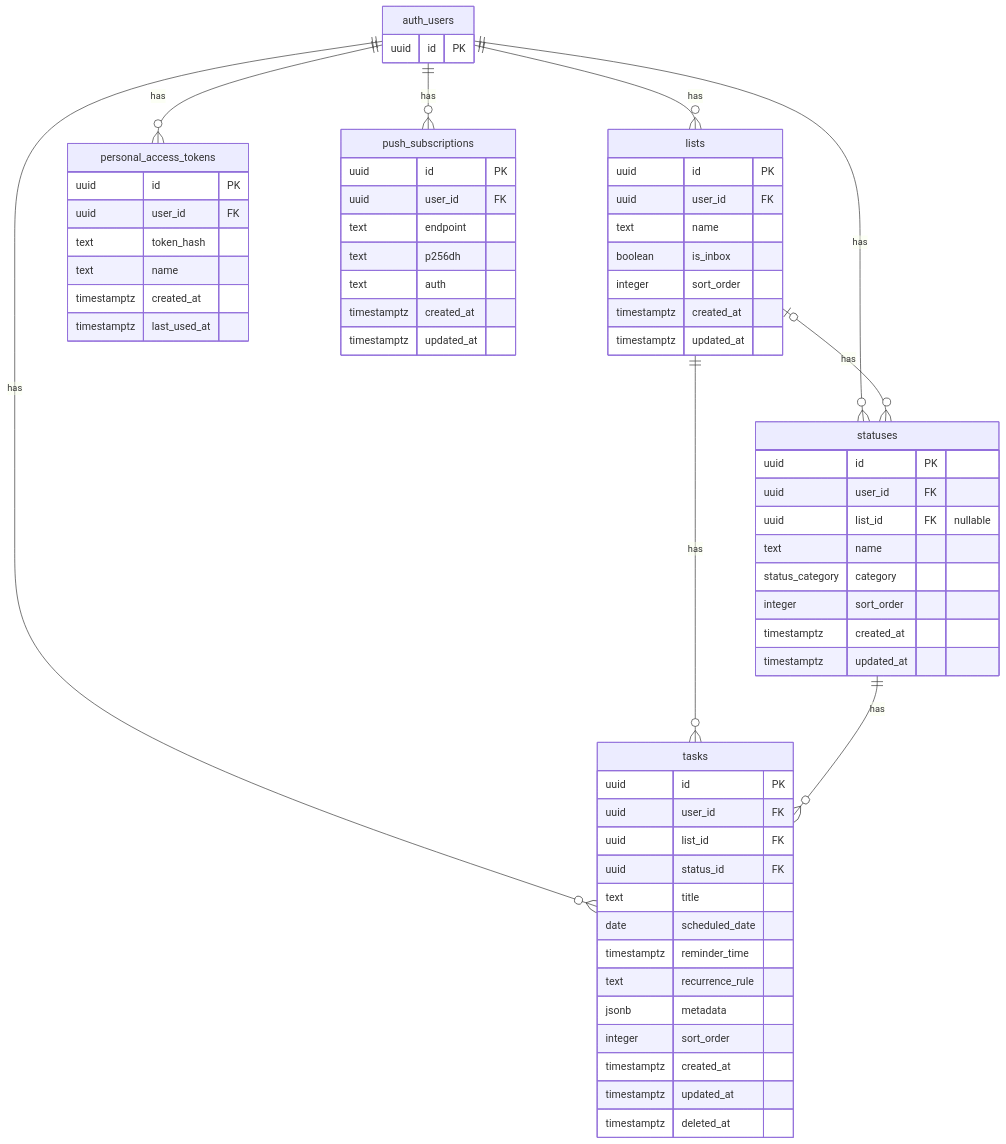
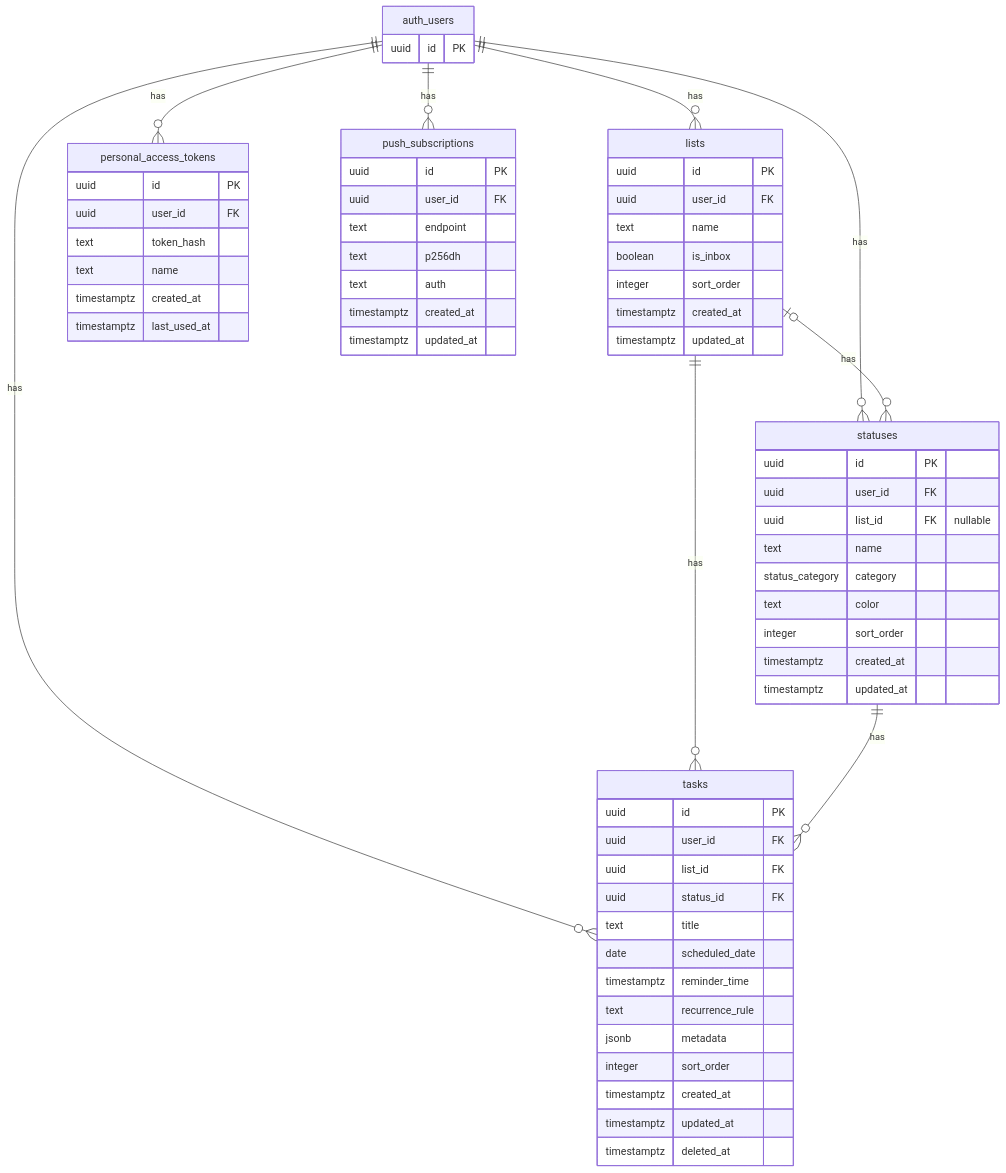
One commit to tominaga-h/Nusk changed the diagram in docs/SCHEMA.md. Above: the diagram before and after it, drawn with Mermaid. The commit also changed other lines of this file and 19 other files, not shown here.

````diff
--- a/docs/SCHEMA.md
+++ b/docs/SCHEMA.md
@@ -82,73 +83,74 @@
 ```mermaid
 erDiagram
     auth_users ||--o{ lists : "has"
     auth_users ||--o{ statuses : "has"
     auth_users ||--o{ tasks : "has"
     auth_users ||--o{ personal_access_tokens : "has"
     auth_users ||--o{ push_subscriptions : "has"
 
     lists |o--o{ statuses : "has"
     lists ||--o{ tasks : "has"
 
     statuses ||--o{ tasks : "has"
 
     auth_users {
         uuid id PK
     }
 
     lists {
         uuid id PK
         uuid user_id FK
         text name
         boolean is_inbox
         integer sort_order
         timestamptz created_at
         timestamptz updated_at
     }
 
     statuses {
         uuid id PK
         uuid user_id FK
         uuid list_id FK "nullable"
         text name
         status_category category
+        text color
         integer sort_order
         timestamptz created_at
         timestamptz updated_at
     }
 
     tasks {
         uuid id PK
         uuid user_id FK
         uuid list_id FK
         uuid status_id FK
         text title
         date scheduled_date
         timestamptz reminder_time
         text recurrence_rule
         jsonb metadata
         integer sort_order
         timestamptz created_at
         timestamptz updated_at
         timestamptz deleted_at
     }
 
     personal_access_tokens {
         uuid id PK
         uuid user_id FK
         text token_hash
         text name
         timestamptz created_at
         timestamptz last_used_at
     }
 
     push_subscriptions {
         uuid id PK
         uuid user_id FK
         text endpoint
         text p256dh
         text auth
         timestamptz created_at
         timestamptz updated_at
     }
 ```
````
